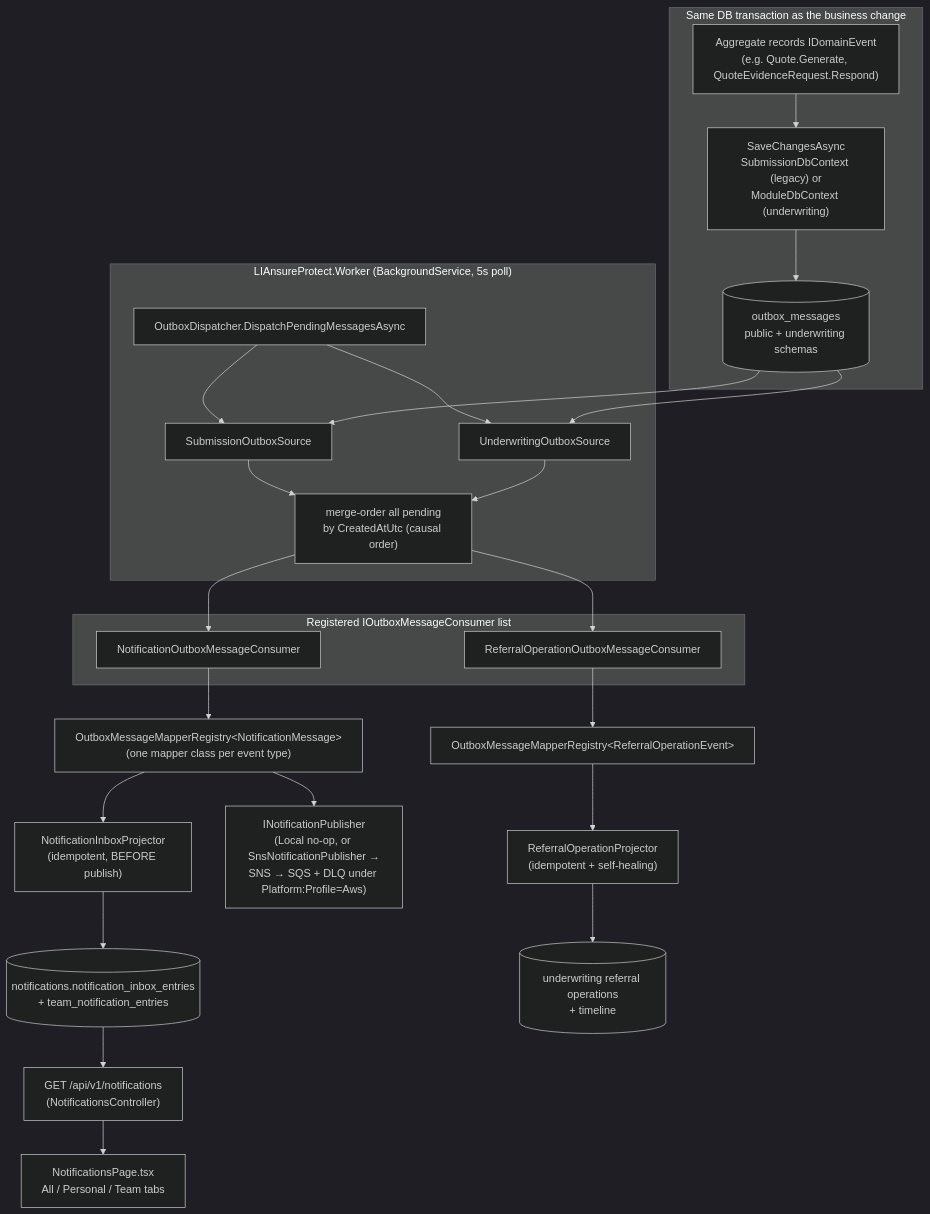
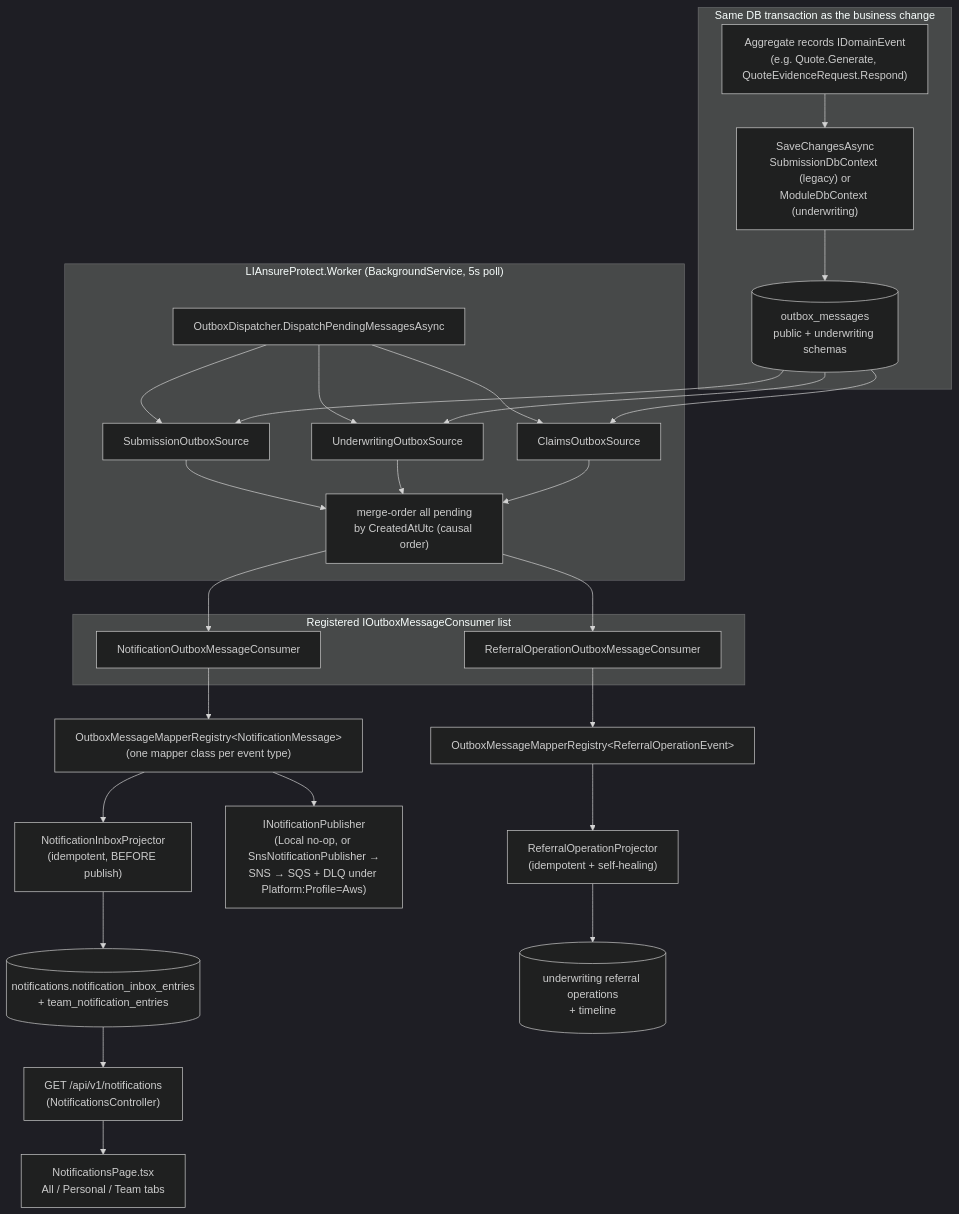
The diagram in docs/encyclopedia/10-flow-notifications-and-background.md (paulbuer08/LIAnsureProtect), drawn with Mermaid (dark theme) before and after one commit. The commit also changed other lines of this file and 156 other files, not shown here.

````diff
--- a/docs/encyclopedia/10-flow-notifications-and-background.md
+++ b/docs/encyclopedia/10-flow-notifications-and-background.md
@@ -16,38 +16,39 @@
 ```mermaid
 flowchart TB
     subgraph TX["Same DB transaction as the business change"]
         AGG["Aggregate records IDomainEvent\n(e.g. Quote.Generate, QuoteEvidenceRequest.Respond)"]
         SAVE["SaveChangesAsync\nSubmissionDbContext (legacy) or\nModuleDbContext (underwriting)"]
         OB[("outbox_messages\npublic + underwriting schemas")]
         AGG --> SAVE --> OB
     end
 
     subgraph WORKER["LIAnsureProtect.Worker (BackgroundService, 5s poll)"]
         DISP["OutboxDispatcher.DispatchPendingMessagesAsync"]
         SRC1["SubmissionOutboxSource"]
         SRC2["UnderwritingOutboxSource"]
+        SRC3["ClaimsOutboxSource"]
         ORDER["merge-order all pending\nby CreatedAtUtc (causal order)"]
-        DISP --> SRC1 & SRC2 --> ORDER
+        DISP --> SRC1 & SRC2 & SRC3 --> ORDER
     end
 
-    OB --> SRC1 & SRC2
+    OB --> SRC1 & SRC2 & SRC3
 
     subgraph CONSUMERS["Registered IOutboxMessageConsumer list"]
         NC["NotificationOutboxMessageConsumer"]
         RC["ReferralOperationOutboxMessageConsumer"]
     end
 
     ORDER --> NC & RC
 
     NC --> NREG["OutboxMessageMapperRegistry&lt;NotificationMessage&gt;\n(one mapper class per event type)"]
     NREG --> PROJ["NotificationInboxProjector\n(idempotent, BEFORE publish)"]
     PROJ --> INBOX[("notifications.notification_inbox_entries\n+ team_notification_entries")]
     NREG --> PUB["INotificationPublisher\n(Local no-op, or SnsNotificationPublisher →\nSNS → SQS + DLQ under Platform:Profile=Aws)"]
 
     RC --> RREG["OutboxMessageMapperRegistry&lt;ReferralOperationEvent&gt;"]
     RREG --> RPROJ["ReferralOperationProjector\n(idempotent + self-healing)"]
     RPROJ --> RTBL[("underwriting referral operations\n+ timeline")]
 
     INBOX --> API2["GET /api/v1/notifications\n(NotificationsController)"]
     API2 --> UI["NotificationsPage.tsx\nAll / Personal / Team tabs"]
 ```
````
